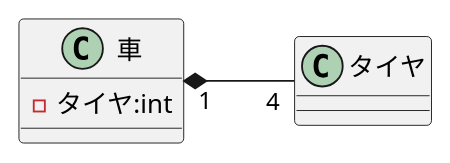
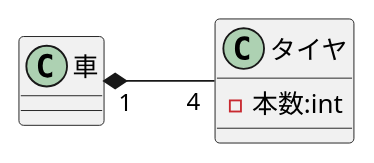
The diagram in 演習3-4_クラス図.pu (Takhshi/uml-introduction), drawn with PlantUML before and after one commit. The commit also changed 4 other files, not shown here.

```diff
--- a/演習3-4_クラス図.pu
+++ b/演習3-4_クラス図.pu
@@ -1,9 +1,9 @@
 @startuml クラス図
 left to right direction
 class "車" as car {
-- タイヤ:int
 }
 class "タイヤ" as taiya {
+- 本数:int
 }
 car "1" *-- "4" taiya
 @enduml
```
